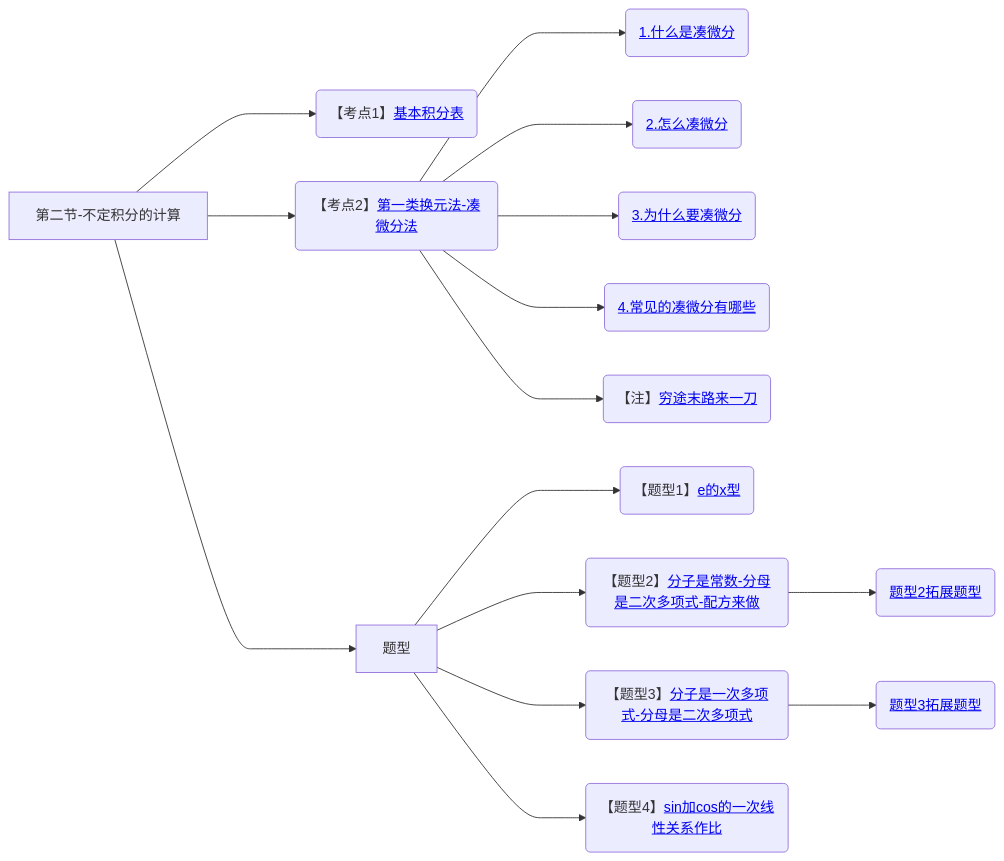
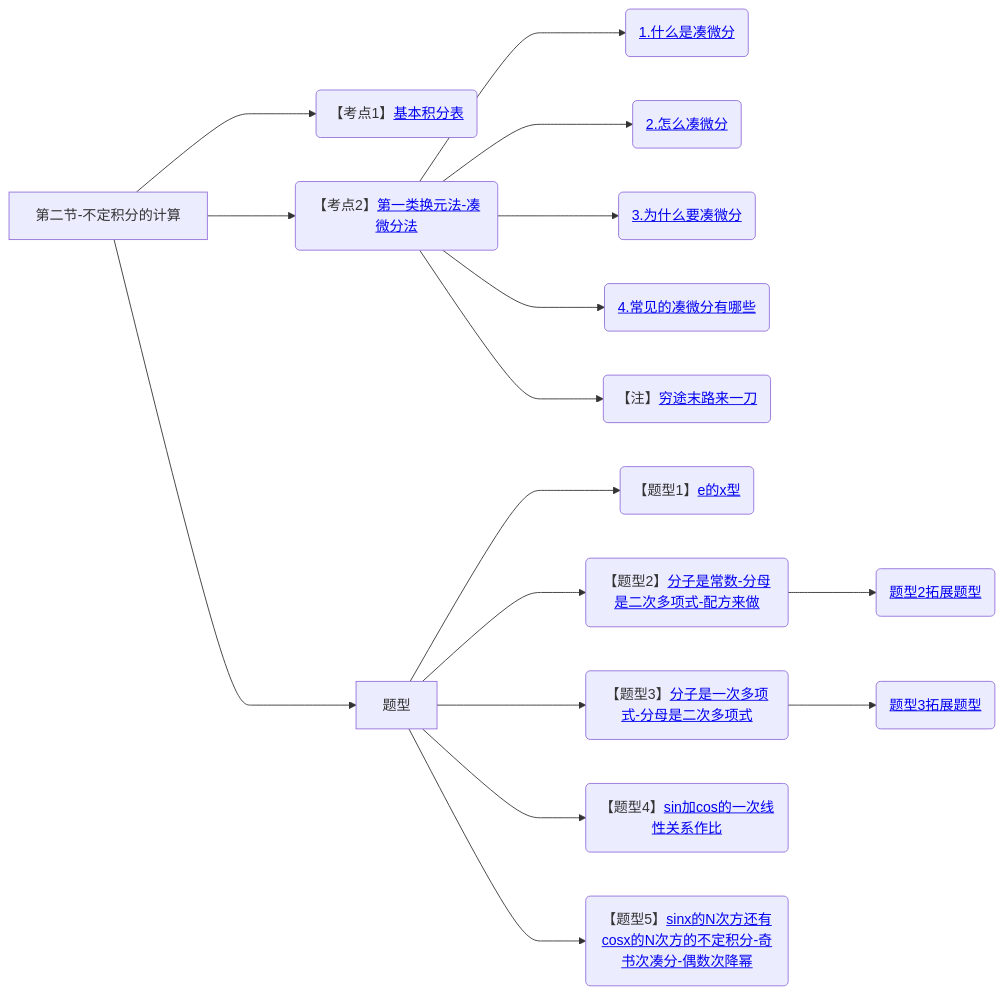
Before and after one commit to yuebinghui/note: diagram 18 of 18 in 笔记/数学/周洋鑫/01.基础班思维导图.md, drawn with Mermaid. The commit also changed 9 other files, not shown here.

````diff
--- a/笔记/数学/周洋鑫/01.基础班思维导图.md
+++ b/笔记/数学/周洋鑫/01.基础班思维导图.md
@@ -625,22 +625,23 @@
 ```mermaid
 graph LR
 第二节-不定积分的计算
 
 第二节-不定积分的计算--->基本积分表(【考点1】<a href="/Users/yuebinghui/Documents/program/github/note/笔记/数学/周洋鑫/基础班/18.不定积分_1.md#基本积分表">基本积分表</>)
 
 第二节-不定积分的计算--->第一类换元法-凑微分法(【考点2】<a href="/Users/yuebinghui/Documents/program/github/note/笔记/数学/周洋鑫/基础班/18.不定积分_1.md#第一类换元法-凑微分法">第一类换元法-凑微分法</>)
 第一类换元法-凑微分法--->1.什么是凑微分(<a href="/Users/yuebinghui/Documents/program/github/note/笔记/数学/周洋鑫/基础班/18.不定积分_1.md#1.什么是凑微分">1.什么是凑微分</>)
 第一类换元法-凑微分法--->2.怎么凑微分(<a href="/Users/yuebinghui/Documents/program/github/note/笔记/数学/周洋鑫/基础班/18.不定积分_1.md#2.怎么凑微分">2.怎么凑微分</>)
 第一类换元法-凑微分法--->3.为什么要凑微分(<a href="/Users/yuebinghui/Documents/program/github/note/笔记/数学/周洋鑫/基础班/18.不定积分_1.md#3.为什么要凑微分">3.为什么要凑微分</>)
 第一类换元法-凑微分法--->4.常见的凑微分有哪些(<a href="/Users/yuebinghui/Documents/program/github/note/笔记/数学/周洋鑫/基础班/18.不定积分_1.md#4.常见的凑微分有哪些">4.常见的凑微分有哪些</>)
 第一类换元法-凑微分法--->穷途末路来一刀(【注】<a href="/Users/yuebinghui/Documents/program/github/note/笔记/数学/周洋鑫/基础班/18.不定积分_1.md#穷途末路来一刀">穷途末路来一刀</>)
 
 第二节-不定积分的计算--->题型
 题型--->e的x型(【题型1】<a href="/Users/yuebinghui/Documents/program/github/note/笔记/数学/周洋鑫/基础班/18.不定积分_1.md#e的x型">e的x型</>)
 题型--->分子是常数-分母是二次多项式-配方来做(【题型2】<a href="/Users/yuebinghui/Documents/program/github/note/笔记/数学/周洋鑫/基础班/19.不定积分_2.md#分子是常数-分母是二次多项式-配方来做">分子是常数-分母是二次多项式-配方来做</>)
 分子是常数-分母是二次多项式-配方来做--->题型2拓展题型(<a href="/Users/yuebinghui/Documents/program/github/note/笔记/数学/周洋鑫/基础班/19.不定积分_2.md#题型2拓展题型">题型2拓展题型</>)
 题型--->分子是一次多项式-分母是二次多项式(【题型3】<a href="/Users/yuebinghui/Documents/program/github/note/笔记/数学/周洋鑫/基础班/19.不定积分_2.md#分子是一次多项式-分母是二次多项式">分子是一次多项式-分母是二次多项式</>)
 分子是一次多项式-分母是二次多项式--->题型3拓展题型(<a href="/Users/yuebinghui/Documents/program/github/note/笔记/数学/周洋鑫/基础班/19.不定积分_2.md#题型3拓展题型">题型3拓展题型</>)
 题型--->sin加cos的一次线性关系作比(【题型4】<a href="/Users/yuebinghui/Documents/program/github/note/笔记/数学/周洋鑫/基础班/19.不定积分_2.md#sin加cos的一次线性关系作比">sin加cos的一次线性关系作比</>)
+题型--->sinx的N次方还有cosx的N次方的不定积分-奇书次凑分-偶数次降幂(【题型5】<a href="/Users/yuebinghui/Documents/program/github/note/笔记/数学/周洋鑫/基础班/19.不定积分_2.md#sinx的N次方还有cosx的N次方的不定积分-奇书次凑分-偶数次降幂">sinx的N次方还有cosx的N次方的不定积分-奇书次凑分-偶数次降幂</>)
 
 ```
````
